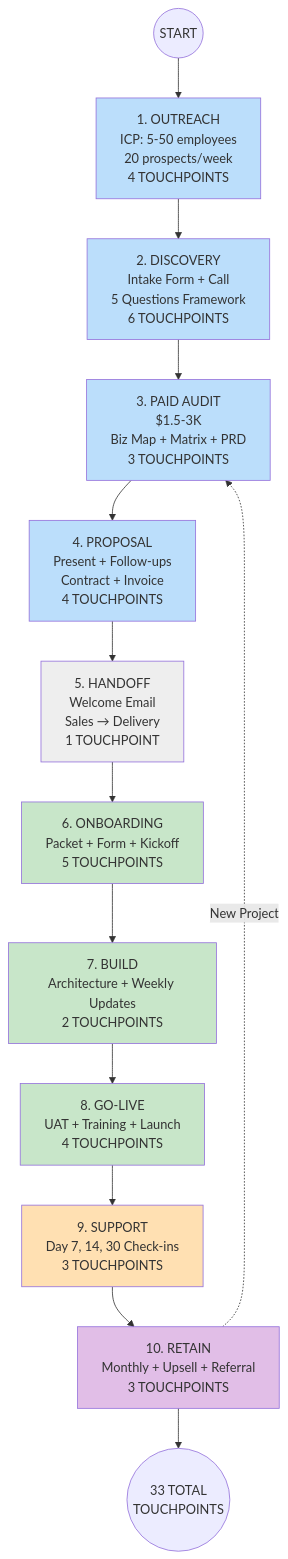
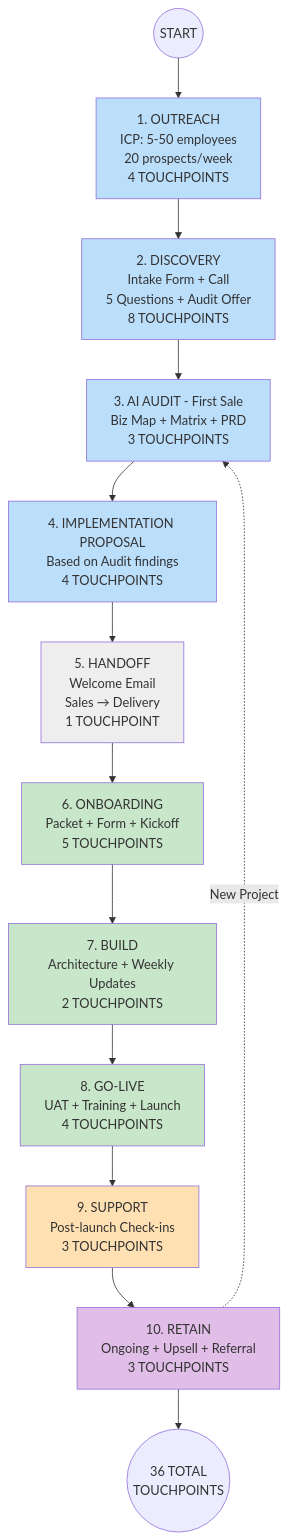
One commit to mekaielabdullahi/ai-agency-sales-os changed the third of 3 diagrams in customer-journey-mermaid.md. Above: the diagram before and after it, drawn with Mermaid. The commit also changed other lines of this file, not shown here.

First line of the commit message:
Fix customer journey flow and remove timeline references

````diff
--- a/customer-journey-mermaid.md
+++ b/customer-journey-mermaid.md
@@ -224,47 +232,47 @@
 ```mermaid
 flowchart TB
     START((START)) --> S1
 
     S1[1. OUTREACH<br/>ICP: 5-50 employees<br/>20 prospects/week<br/>4 TOUCHPOINTS]
     S1 --> S2
 
-    S2[2. DISCOVERY<br/>Intake Form + Call<br/>5 Questions Framework<br/>6 TOUCHPOINTS]
+    S2[2. DISCOVERY<br/>Intake Form + Call<br/>5 Questions + Audit Offer<br/>8 TOUCHPOINTS]
     S2 --> S3
 
-    S3[3. PAID AUDIT<br/>$1.5-3K<br/>Biz Map + Matrix + PRD<br/>3 TOUCHPOINTS]
+    S3[3. AI AUDIT - First Sale<br/>Biz Map + Matrix + PRD<br/>3 TOUCHPOINTS]
     S3 --> S4
 
-    S4[4. PROPOSAL<br/>Present + Follow-ups<br/>Contract + Invoice<br/>4 TOUCHPOINTS]
+    S4[4. IMPLEMENTATION PROPOSAL<br/>Based on Audit findings<br/>4 TOUCHPOINTS]
     S4 --> S5
 
     S5[5. HANDOFF<br/>Welcome Email<br/>Sales → Delivery<br/>1 TOUCHPOINT]
     S5 --> S6
 
     S6[6. ONBOARDING<br/>Packet + Form + Kickoff<br/>5 TOUCHPOINTS]
     S6 --> S7
 
     S7[7. BUILD<br/>Architecture + Weekly Updates<br/>2 TOUCHPOINTS]
     S7 --> S8
 
     S8[8. GO-LIVE<br/>UAT + Training + Launch<br/>4 TOUCHPOINTS]
     S8 --> S9
 
-    S9[9. SUPPORT<br/>Day 7, 14, 30 Check-ins<br/>3 TOUCHPOINTS]
+    S9[9. SUPPORT<br/>Post-launch Check-ins<br/>3 TOUCHPOINTS]
     S9 --> S10
 
-    S10[10. RETAIN<br/>Monthly + Upsell + Referral<br/>3 TOUCHPOINTS]
+    S10[10. RETAIN<br/>Ongoing + Upsell + Referral<br/>3 TOUCHPOINTS]
     S10 -.->|New Project| S3
 
-    S10 --> SUCCESS((33 TOTAL<br/>TOUCHPOINTS))
+    S10 --> SUCCESS((36 TOTAL<br/>TOUCHPOINTS))
 
     style S1 fill:#bbdefb
     style S2 fill:#bbdefb
     style S3 fill:#bbdefb
     style S4 fill:#bbdefb
     style S5 fill:#eeeeee
     style S6 fill:#c8e6c9
     style S7 fill:#c8e6c9
     style S8 fill:#c8e6c9
     style S9 fill:#ffe0b2
     style S10 fill:#e1bee7
 ```
````
